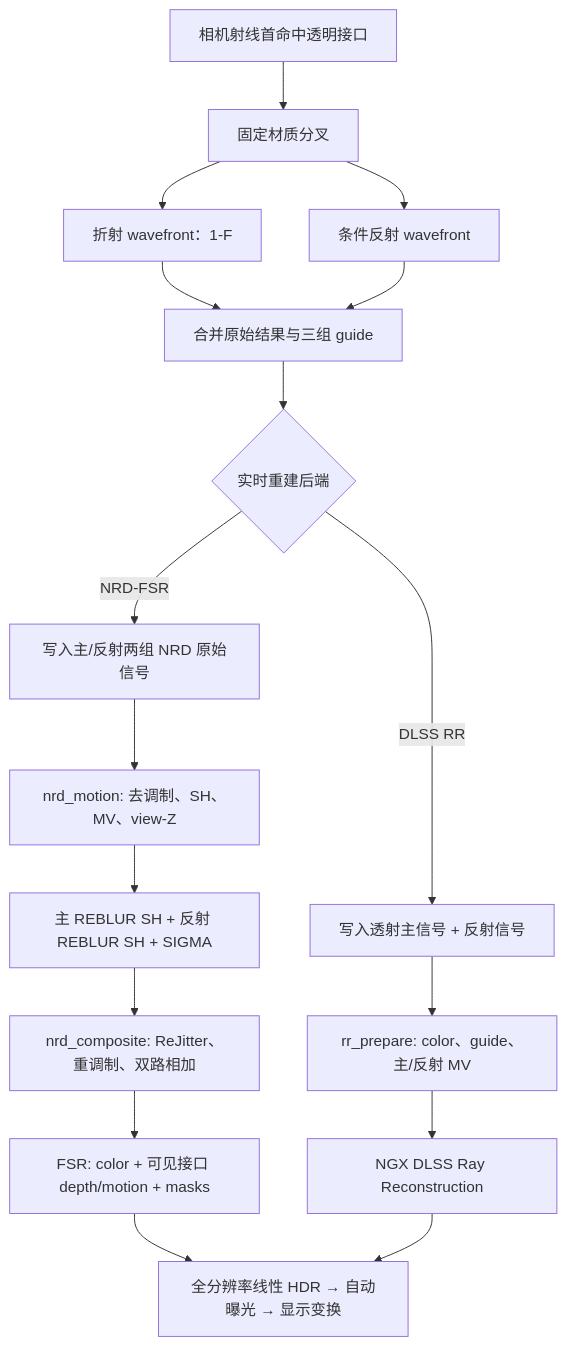
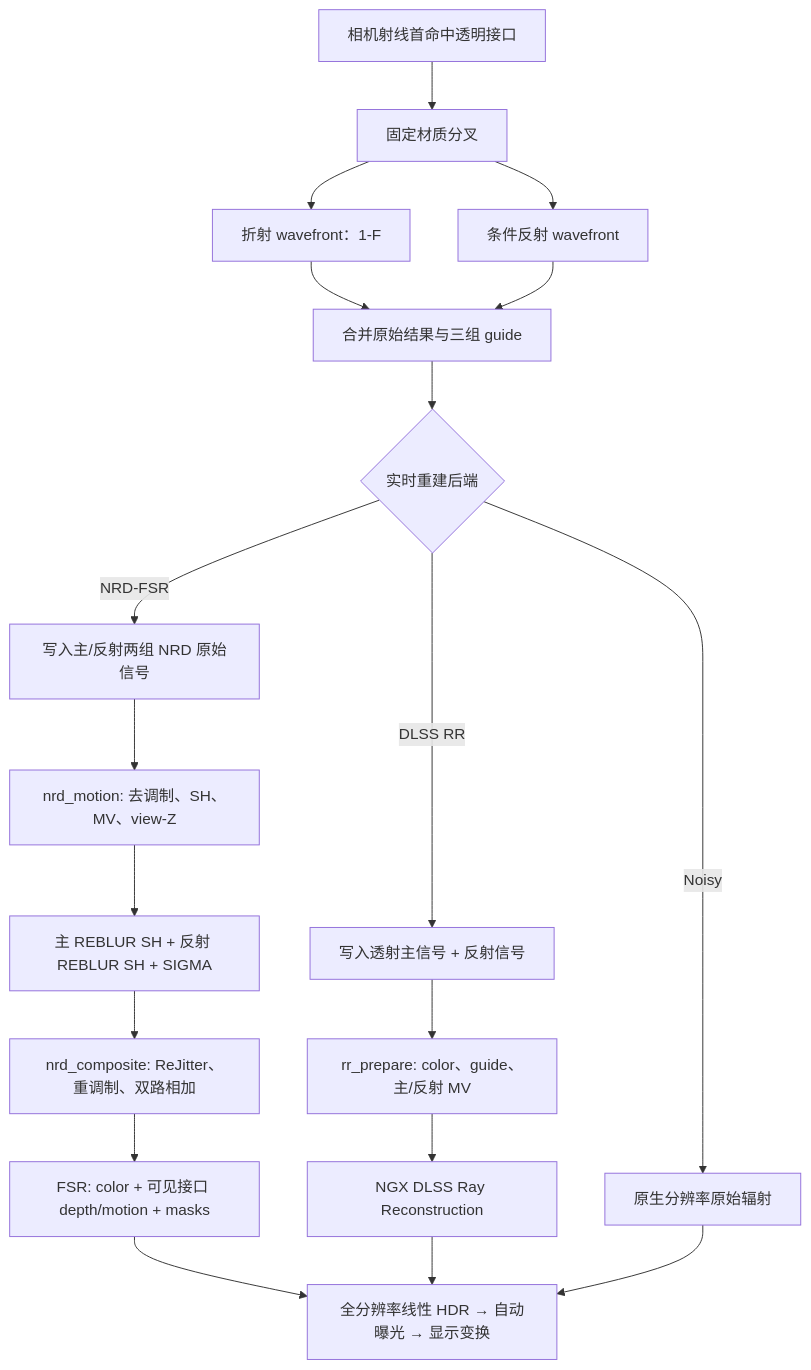
Before and after one commit to 187J3X1-114514/prime: the diagram in docs/透明渲染与实时重建.md, drawn with Mermaid. The commit also changed other lines of this file and 9 other files, not shown here.

Commit message:
docs: align documentation with current architecture

````diff
--- a/docs/透明渲染与实时重建.md
+++ b/docs/透明渲染与实时重建.md
@@ -51,21 +52,24 @@
 ```mermaid
 flowchart TD
     A["相机射线首命中透明接口"] --> B["固定材质分叉"]
     B --> T["折射 wavefront：1-F"]
     B --> R["条件反射 wavefront"]
     T --> M["合并原始结果与三组 guide"]
     R --> M
     M --> S{"实时重建后端"}
 
     S -->|NRD-FSR| N0["写入主/反射两组 NRD 原始信号"]
     N0 --> N1["nrd_motion: 去调制、SH、MV、view-Z"]
     N1 --> N2["主 REBLUR SH + 反射 REBLUR SH + SIGMA"]
     N2 --> N3["nrd_composite: ReJitter、重调制、双路相加"]
     N3 --> F["FSR: color + 可见接口 depth/motion + masks"]
     F --> D["全分辨率线性 HDR → 自动曝光 → 显示变换"]
 
     S -->|DLSS RR| Q0["写入透射主信号 + 反射信号"]
     Q0 --> Q1["rr_prepare: color、guide、主/反射 MV"]
     Q1 --> Q2["NGX DLSS Ray Reconstruction"]
     Q2 --> D
+
+    S -->|Noisy| U0["原生分辨率原始辐射"]
+    U0 --> D
 ```
````
